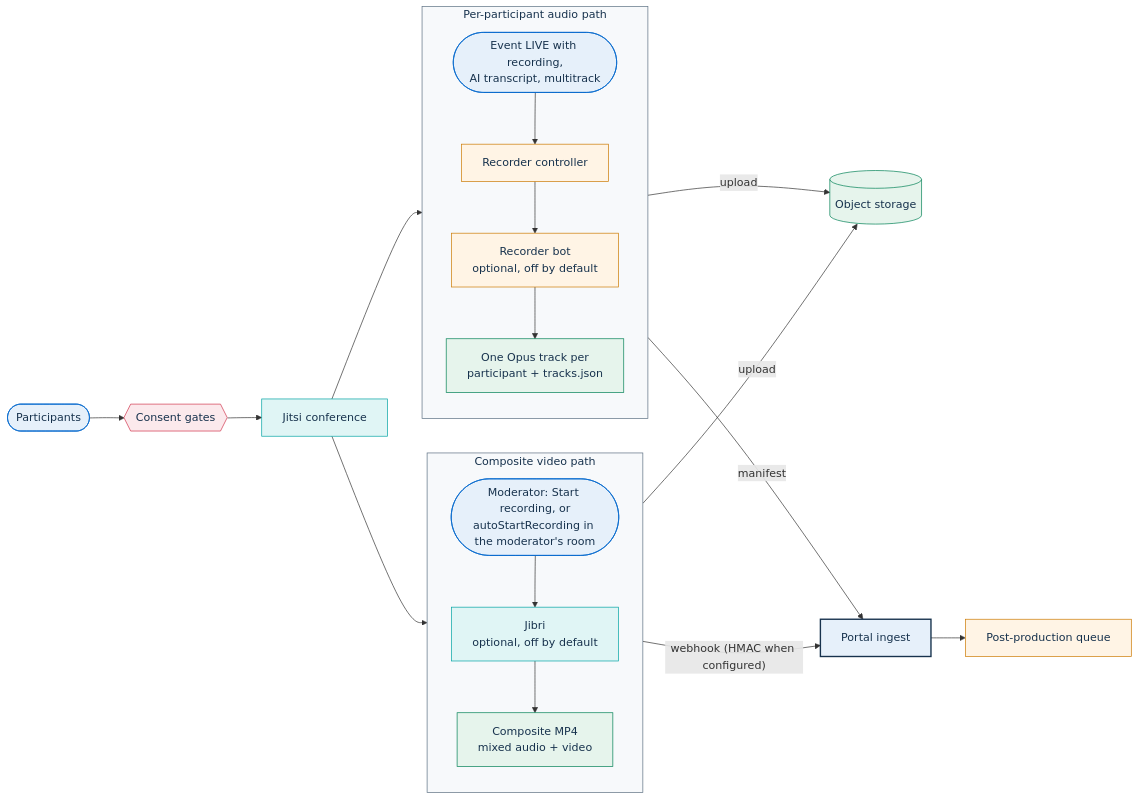
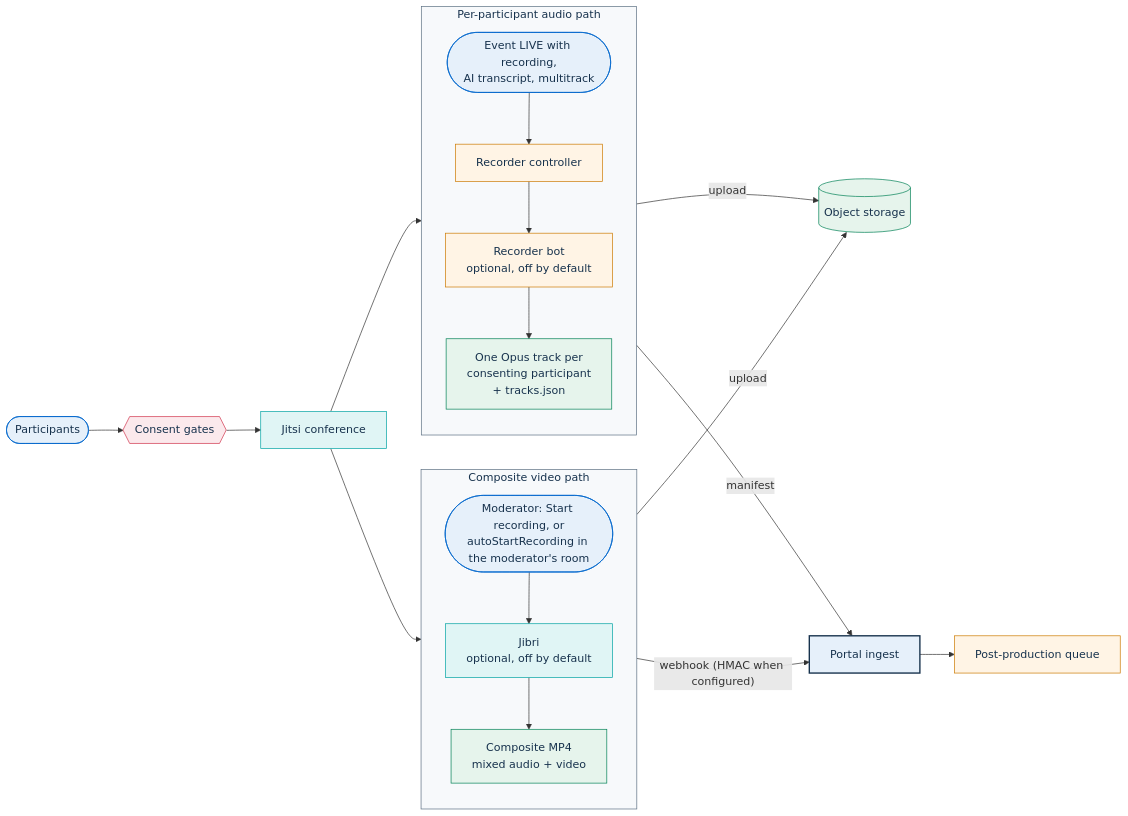
Before and after one commit to italia/pa-webinar: the first of 5 diagrams in docs/architecture/recording.md, drawn with Mermaid. The commit also changed other lines of this file and 31 other files, not shown here.

````diff
--- a/docs/architecture/recording.md
+++ b/docs/architecture/recording.md
@@ -39,36 +39,36 @@
 ```mermaid
 flowchart LR
   P(["Participants"]):::actor --> G{{"Consent gates"}}:::risk
   G --> CONF["Jitsi conference"]:::media
 
   subgraph VID["Composite video path"]
     direction TB
     M(["Moderator: Start recording, or<br/>autoStartRecording in the moderator's room"]):::actor --> J["Jibri<br/>optional, off by default"]:::media
     J --> MP4["Composite MP4<br/>mixed audio + video"]:::data
   end
 
   subgraph AUD["Per-participant audio path"]
     direction TB
     L(["Event LIVE with recording,<br/>AI transcript, multitrack"]):::actor --> C["Recorder controller"]:::job
     C --> B["Recorder bot<br/>optional, off by default"]:::job
-    B --> TR["One Opus track per<br/>participant + tracks.json"]:::data
+    B --> TR["One Opus track per<br/>consenting participant<br/>+ tracks.json"]:::data
   end
 
   CONF --> J
   CONF --> B
 
   MP4 -->|"upload"| S[("Object storage")]:::data
   TR -->|"upload"| S
   J -->|"webhook (HMAC when configured)"| W["Portal ingest"]:::portal
   B -->|"manifest"| W
   W --> Q["Post-production queue"]:::job
 
   classDef actor fill:#E6F0FA,stroke:#0066CC,color:#17324D
   classDef portal fill:#E6F0FA,stroke:#17324D,color:#17324D,stroke-width:2px
   classDef media fill:#E0F5F5,stroke:#00A3A3,color:#17324D
   classDef job fill:#FFF4E5,stroke:#CC7A00,color:#17324D
   classDef data fill:#E6F4EC,stroke:#008055,color:#17324D
   classDef risk fill:#FBE9EC,stroke:#D1344C,color:#17324D
   style VID fill:#F7F9FB,stroke:#5C6F82,color:#17324D
   style AUD fill:#F7F9FB,stroke:#5C6F82,color:#17324D
 ```
````
